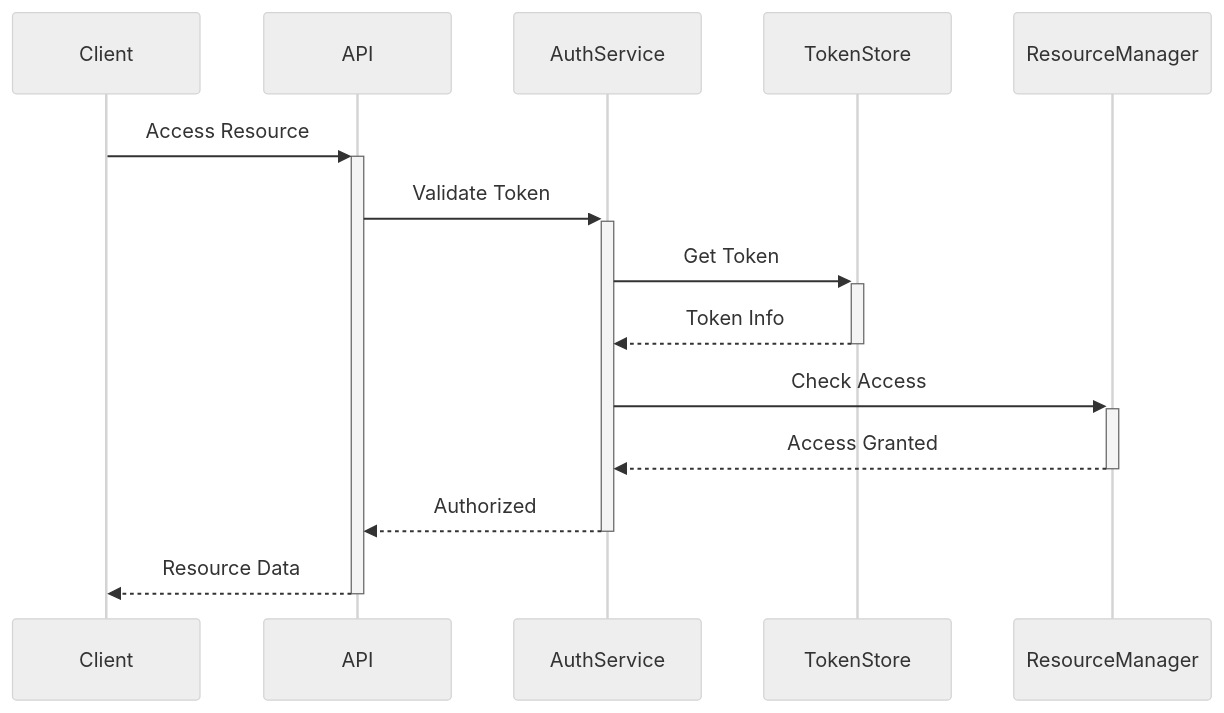
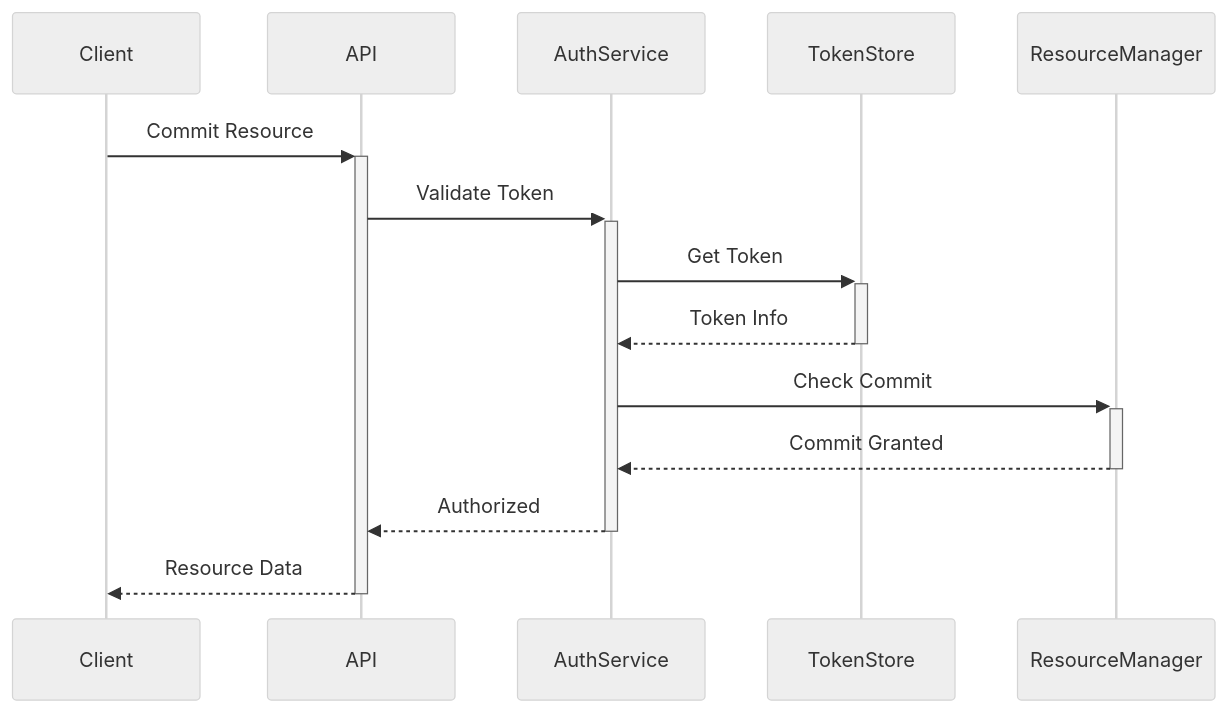
The second of 2 diagrams in docs/ARCHITECTURE.md (mauriciomferz/Gauth_go), drawn with Mermaid (neutral theme) before and after one commit. The commit also changed other lines of this file, not shown here.

````diff
--- a/docs/ARCHITECTURE.md
+++ b/docs/ARCHITECTURE.md
@@ -138,11 +138,11 @@
 ```mermaid
 sequenceDiagram
-    Client->>+API: Access Resource
+    Client->>+API: Commit Resource
     API->>+AuthService: Validate Token
     AuthService->>+TokenStore: Get Token
     TokenStore-->>-AuthService: Token Info
-    AuthService->>+ResourceManager: Check Access
-    ResourceManager-->>-AuthService: Access Granted
+    AuthService->>+ResourceManager: Check Commit
+    ResourceManager-->>-AuthService: Commit Granted
     AuthService-->>-API: Authorized
     API-->>-Client: Resource Data
 ```
````
